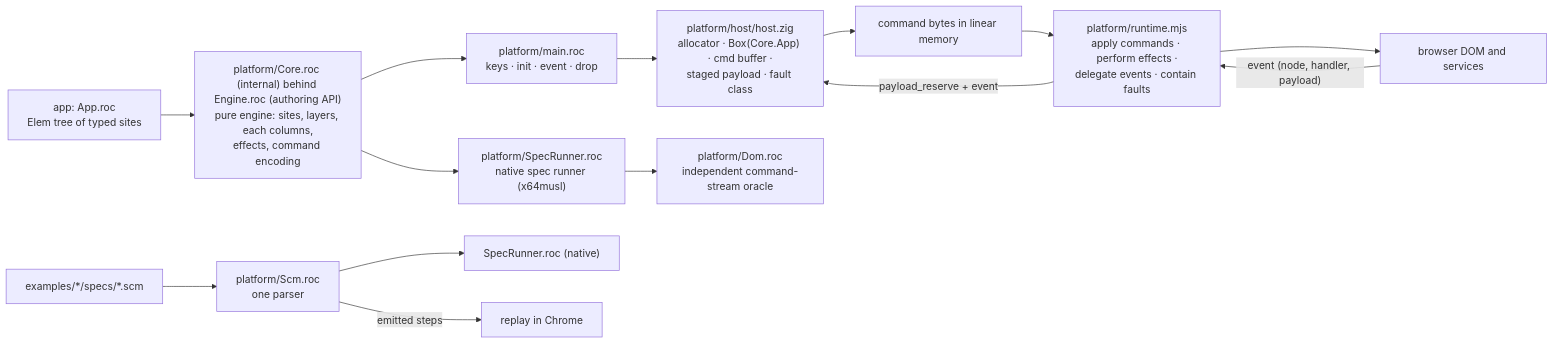
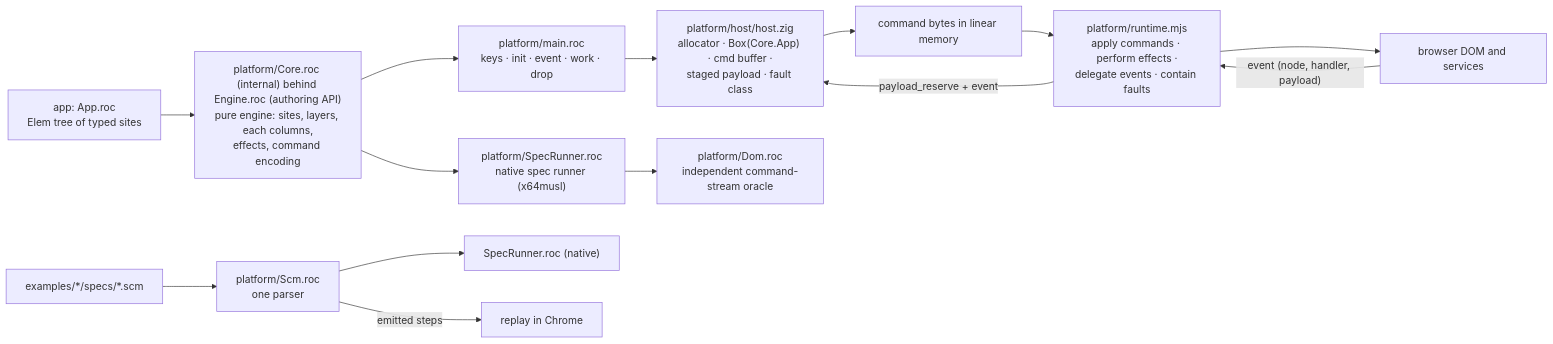
The diagram in design.md (lukewilliamboswell/roc-signals), drawn with Mermaid before and after one commit. The commit also changed other lines of this file and 19 other files, not shown here.

````diff
--- a/design.md
+++ b/design.md
@@ -218,17 +218,17 @@
 ```mermaid
 flowchart LR
     App["app: App.roc<br/>Elem tree of typed sites"] --> Engine["platform/Core.roc (internal) behind Engine.roc (authoring API)<br/>pure engine: sites, layers, each columns,<br/>effects, command encoding"]
-    Engine --> Main["platform/main.roc<br/>keys · init · event · drop"]
+    Engine --> Main["platform/main.roc<br/>keys · init · event · work · drop"]
     Main --> Host["platform/host/host.zig<br/>allocator · Box(Core.App) · cmd buffer ·<br/>staged payload · fault class"]
     Host --> Wire["command bytes in linear memory"]
     Wire --> JS["platform/runtime.mjs<br/>apply commands · perform effects ·<br/>delegate events · contain faults"]
     JS --> DOM["browser DOM and services"]
     DOM -->|"event (node, handler, payload)"| JS
     JS -->|"payload_reserve + event"| Host
 
     Engine --> Test["platform/SpecRunner.roc<br/>native spec runner (x64musl)"]
     Test --> Oracle["platform/Dom.roc<br/>independent command-stream oracle"]
     Scm["examples/*/specs/*.scm"] --> Parser["platform/Scm.roc<br/>one parser"]
     Parser --> Native["SpecRunner.roc (native)"]
     Parser -->|"emitted steps"| Browser["replay in Chrome"]
 ```
````
